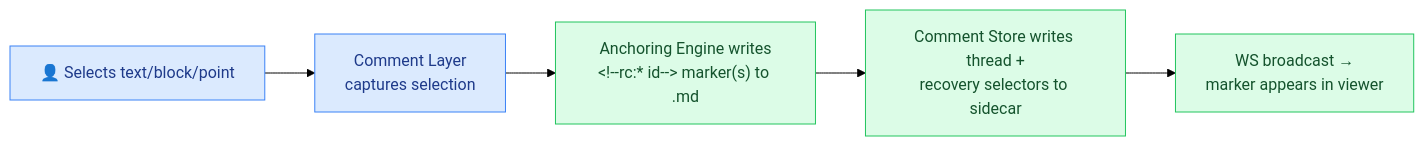
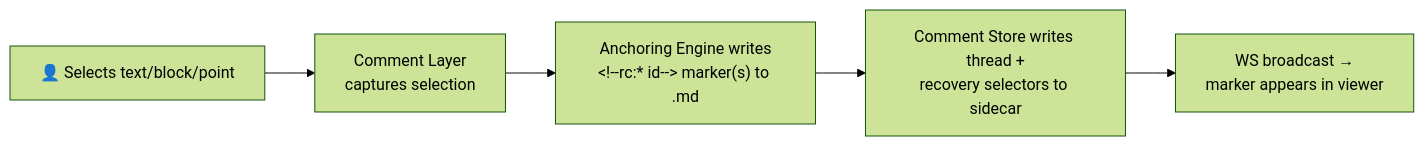
The tenth of 15 diagrams in bytesofpurpose-blog/designs/2026-06-22-markdown-review-studio.mdx (omars-lab/omars-lab.github.io), drawn with Mermaid (forest theme) before and after one commit. The commit also changed other lines of this file and 6 other files, not shown here.

First line of the commit message:
feat(designs): on-brand mermaid theme + dark-mode-adaptive diagrams

````diff
--- a/bytesofpurpose-blog/designs/2026-06-22-markdown-review-studio.mdx
+++ b/bytesofpurpose-blog/designs/2026-06-22-markdown-review-studio.mdx
@@ -899,12 +847,8 @@
 ```mermaid
 graph LR
     A["👤 Selects text/block/point"] --> B["Comment Layer<br/>captures selection"]
     B --> C["Anchoring Engine writes<br/>&lt;!--rc:* id--&gt; marker(s) to .md"]
     C --> D["Comment Store writes thread +<br/>recovery selectors to sidecar"]
     D --> E["WS broadcast →<br/>marker appears in viewer"]
 
-    classDef ui fill:#dbeafe,stroke:#3b82f6,color:#1e3a8a
-    classDef srv fill:#dcfce7,stroke:#22c55e,color:#14532d
-    class A,B ui
-    class C,D,E srv
 ```
````
